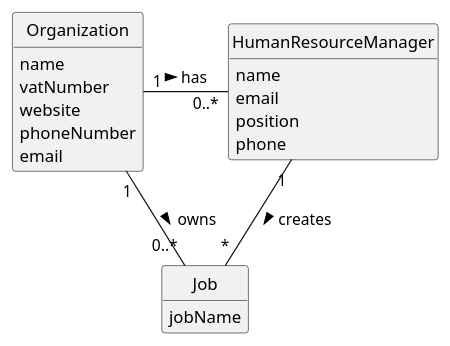
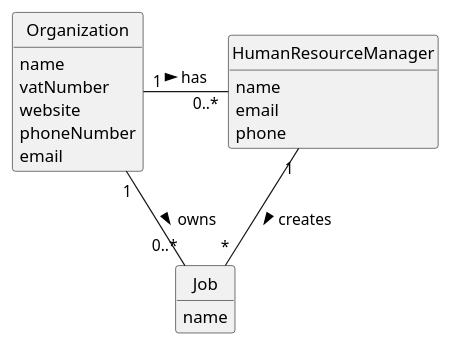
The diagram in docs/sprintA/us002/02.analysis/puml/us02-domain-model.puml (yusufyilmaz00/Integral-Project-ISEP), drawn with PlantUML before and after one commit.

Commit message:
update file : deleted position attributes in HumanResourceManager class

```diff
--- a/docs/sprintA/us002/02.analysis/puml/us02-domain-model.puml
+++ b/docs/sprintA/us002/02.analysis/puml/us02-domain-model.puml
@@ -1,39 +1,38 @@
 @startuml
 skinparam monochrome true
 skinparam packageStyle rectangle
 skinparam shadowing false
 
 'left to right direction
 
 skinparam classAttributeIconSize 0
 
 hide circle
 hide methods
 
 'title Domain Model
 
 
 class Organization {
     name
     vatNumber
     website
     phoneNumber
     email
 }
 
 class Job {
-    jobName
+    name
 }
 
 class HumanResourceManager {
     name
     email
-    position
     phone
 }
 
 Organization "1" - "0..*" HumanResourceManager : has >
 Organization "1" - "0..*" Job: owns >
 HumanResourceManager "1" -- "*" Job : creates >
 
 @enduml
```
